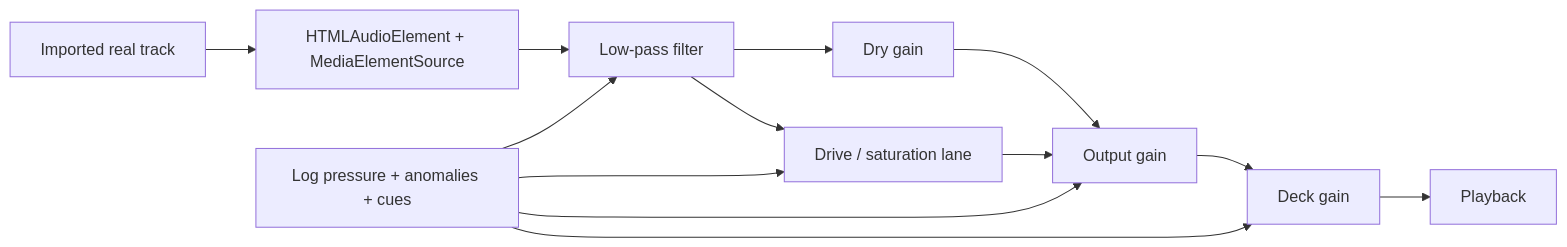
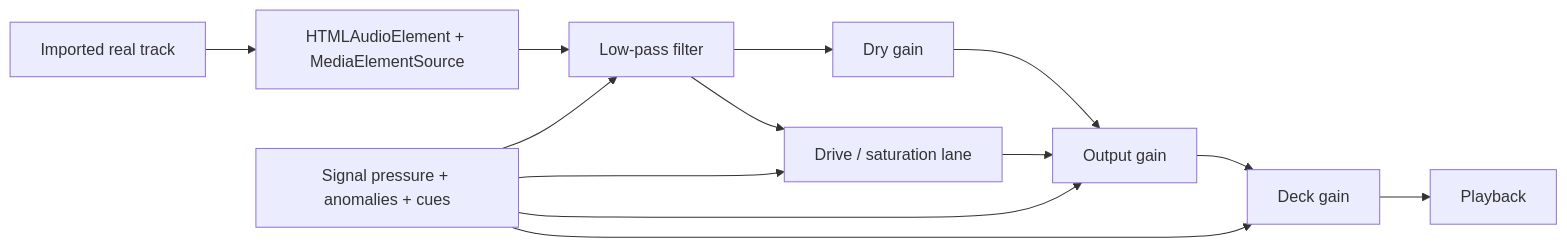
One commit to fabianaguero/maia changed the sixth of 8 diagrams in docs/architecture.md. Above: the diagram before and after it, drawn with Mermaid. The commit also changed other lines of this file and 12 other files, not shown here.

Commit message:
docs(product): update signal streams roadmap

````diff
--- a/docs/architecture.md
+++ b/docs/architecture.md
@@ -165,21 +187,21 @@
 ```mermaid
 flowchart LR
   Track[Imported real track]
   Decode[HTMLAudioElement + MediaElementSource]
   Filter[Low-pass filter]
   Dry[Dry gain]
   Drive[Drive / saturation lane]
   Output[Output gain]
   Deck[Deck gain]
   Speaker[Playback]
-  Signal[Log pressure + anomalies + cues]
+  Signal[Signal pressure + anomalies + cues]
 
   Track --> Decode --> Filter
   Filter --> Dry --> Output
   Filter --> Drive --> Output
   Output --> Deck --> Speaker
   Signal --> Output
   Signal --> Filter
   Signal --> Deck
   Signal --> Drive
 ```
````
